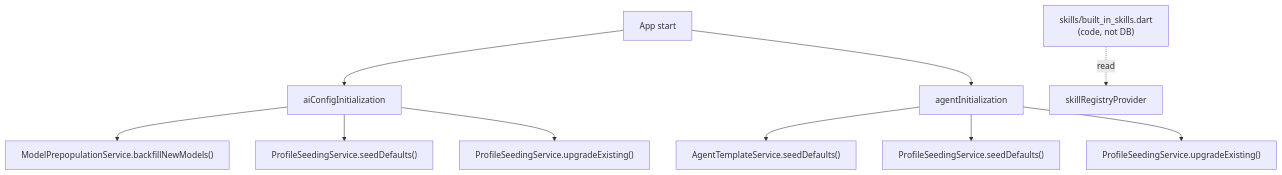
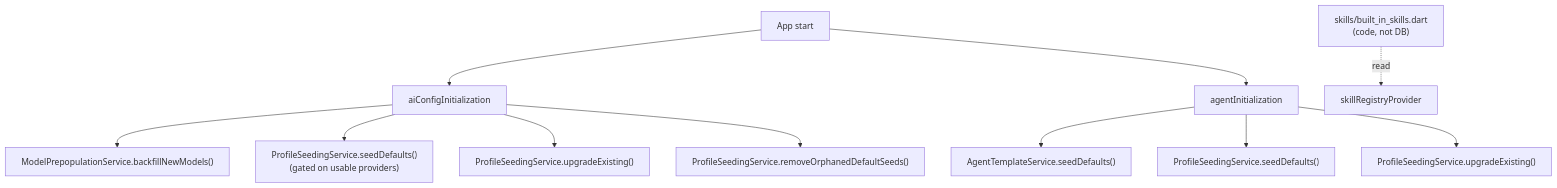
One commit to matthiasn/lotti changed the first of 11 diagrams in lib/features/ai/README.md. Above: the diagram before and after it, drawn with Mermaid. The commit also changed other lines of this file and 11 other files, not shown here.

Commit message:
fix: seed inference profiles only for configured providers (#3440)

````diff
--- a/lib/features/ai/README.md
+++ b/lib/features/ai/README.md
@@ -14,14 +14,15 @@
 ```mermaid
 flowchart TD
   Start["App start"] --> AIInit["aiConfigInitialization"]
   AIInit --> BackfillModels["ModelPrepopulationService.backfillNewModels()"]
-  AIInit --> SeedProfiles["ProfileSeedingService.seedDefaults()"]
+  AIInit --> SeedProfiles["ProfileSeedingService.seedDefaults()<br/>(gated on usable providers)"]
   AIInit --> UpgradeProfilesAI["ProfileSeedingService.upgradeExisting()"]
+  AIInit --> RemoveOrphans["ProfileSeedingService.removeOrphanedDefaultSeeds()"]
 
   Start --> AgentInit["agentInitialization"]
   AgentInit --> SeedTemplates["AgentTemplateService.seedDefaults()"]
   AgentInit --> SeedProfilesAgain["ProfileSeedingService.seedDefaults()"]
   AgentInit --> UpgradeProfiles["ProfileSeedingService.upgradeExisting()"]
 
   Skills["skills/built_in_skills.dart<br/>(code, not DB)"] -.read.-> Registry["skillRegistryProvider"]
 ```
````
